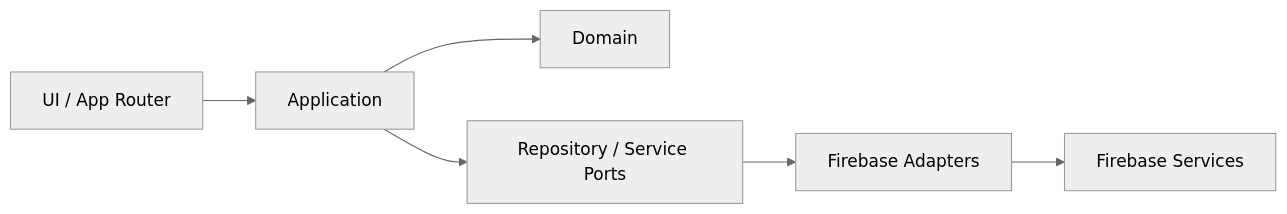
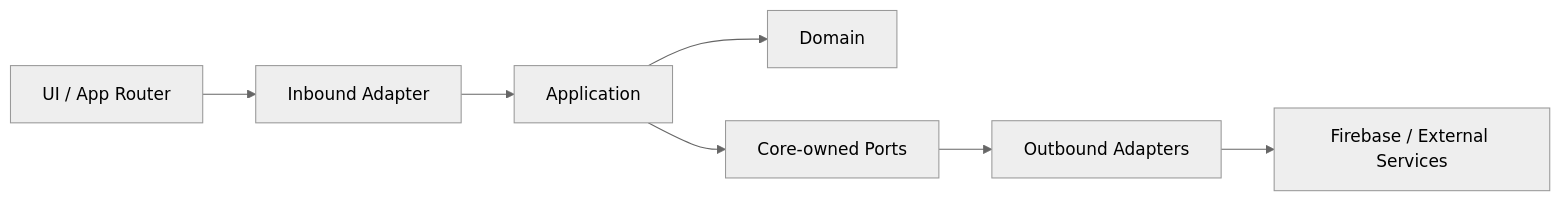
Before and after one commit to 369sup/worksync-hr: the diagram in docs/01-architecture/hexagonal-architecture.md, drawn with Mermaid (neutral theme). The commit also changed other lines of this file and 36 other files, not shown here.

````diff
--- a/docs/01-architecture/hexagonal-architecture.md
+++ b/docs/01-architecture/hexagonal-architecture.md
@@ -7,8 +7,9 @@
 ```mermaid
 flowchart LR
-  UI[UI / App Router] --> APP[Application]
+  UI[UI / App Router] --> IN[Inbound Adapter]
+  IN --> APP[Application]
   APP --> DOM[Domain]
-  APP --> PORTS[Repository / Service Ports]
-  PORTS --> ADP[Firebase Adapters]
-  ADP --> FB[Firebase Services]
+  APP --> PORTS[Core-owned Ports]
+  PORTS --> OUT[Outbound Adapters]
+  OUT --> EXT[Firebase / External Services]
 ```
````
